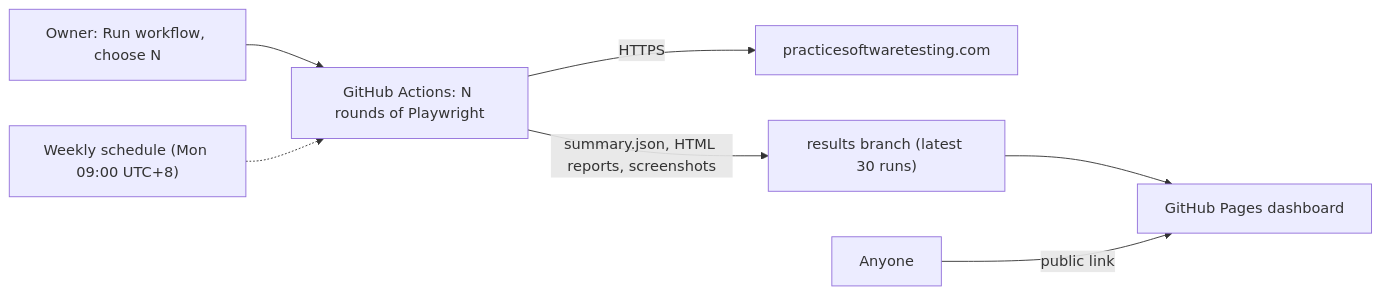
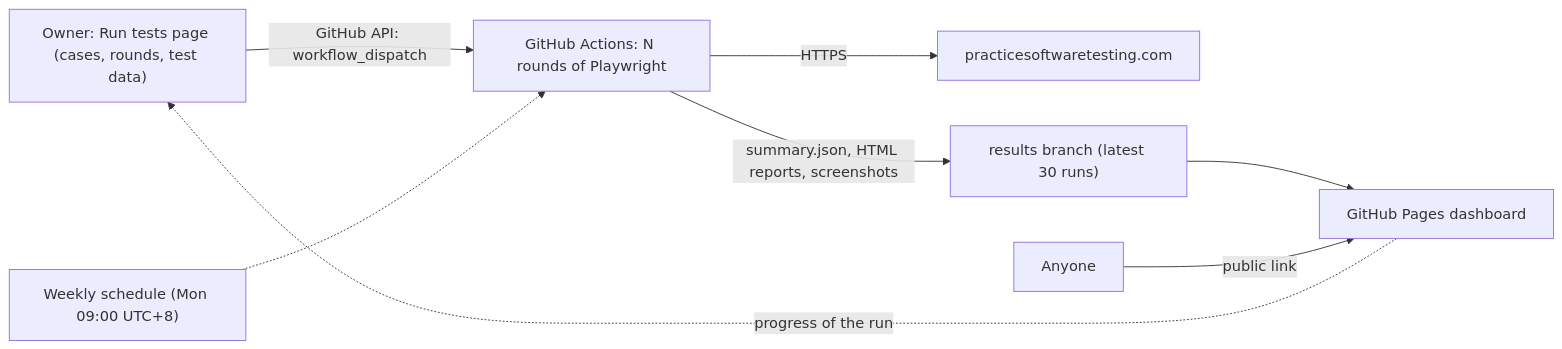
One commit to NTCloudy/playwright-e2e-dashboard changed the diagram in README.md. Above: the diagram before and after it, drawn with Mermaid. The commit also changed other lines of this file and 31 other files, not shown here.

First line of the commit message:
Run tests from the dashboard: pick cases, adjust test data, edit descriptions

````diff
--- a/README.md
+++ b/README.md
@@ -54,9 +65,10 @@
 ```mermaid
 flowchart LR
-    O["Owner: Run workflow, choose N"] --> A["GitHub Actions: N rounds of Playwright"]
+    O["Owner: Run tests page (cases, rounds, test data)"] -->|"GitHub API: workflow_dispatch"| A["GitHub Actions: N rounds of Playwright"]
     S["Weekly schedule (Mon 09:00 UTC+8)"] -.-> A
     A -->|HTTPS| T["practicesoftwaretesting.com"]
     A -->|"summary.json, HTML reports, screenshots"| R["results branch (latest 30 runs)"]
     R --> P["GitHub Pages dashboard"]
+    P -.->|"progress of the run"| O
     V["Anyone"] -->|public link| P
 ```
````
